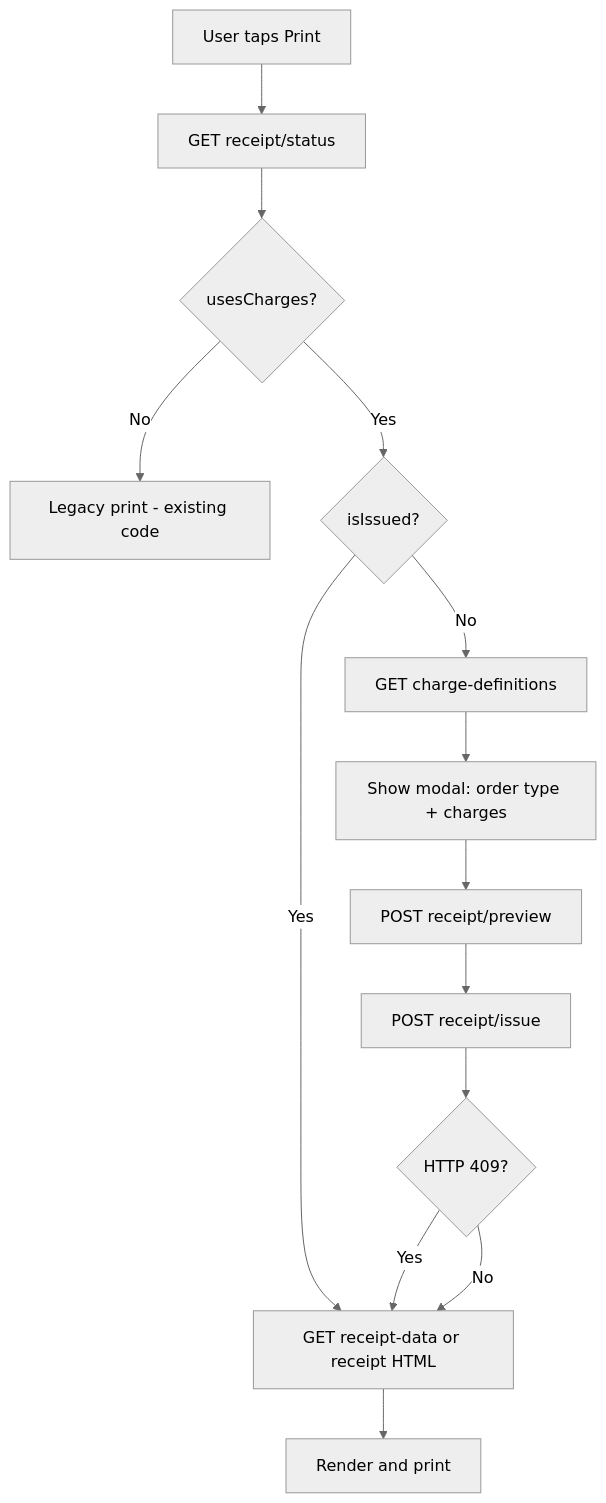
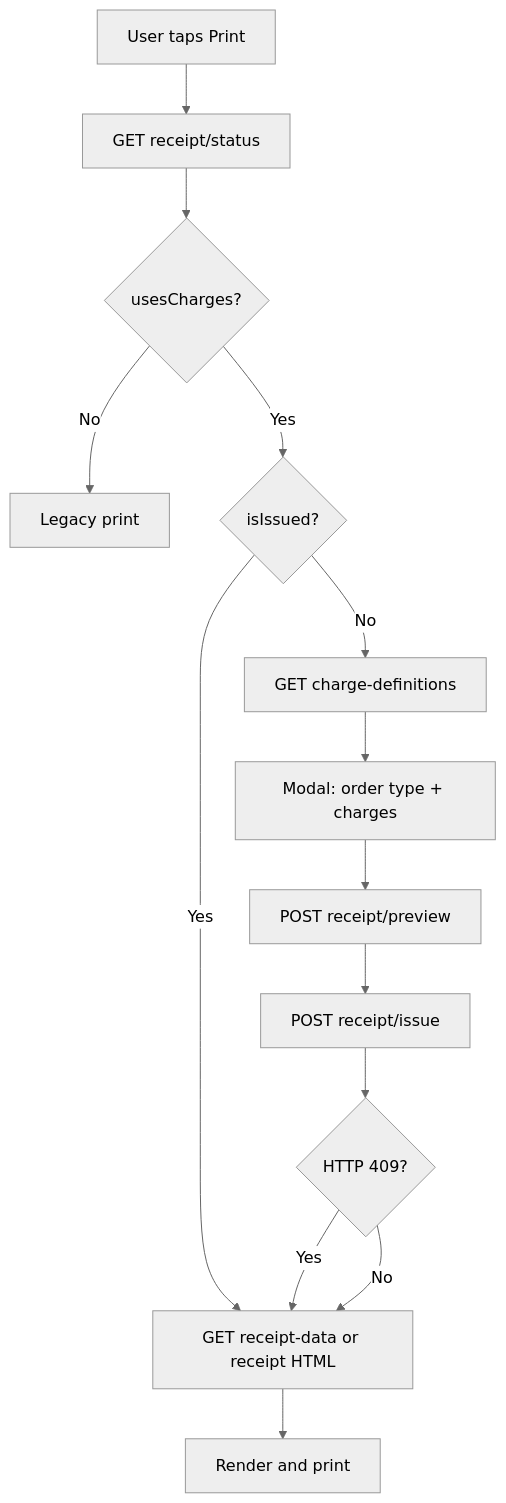
One commit to amirnfk/resturanyar_webservice_version2 changed the first of 2 diagrams in docs/ANDROID_RECEIPT_INTEGRATION.md. Above: the diagram before and after it, drawn with Mermaid (neutral theme). The commit also changed other lines of this file and 100 other files, not shown here.

````diff
--- a/docs/ANDROID_RECEIPT_INTEGRATION.md
+++ b/docs/ANDROID_RECEIPT_INTEGRATION.md
@@ -72,16 +84,16 @@
 ```mermaid
 flowchart TD
     A[User taps Print] --> B[GET receipt/status]
     B --> C{usesCharges?}
-    C -->|No| D[Legacy print - existing code]
+    C -->|No| D[Legacy print]
     C -->|Yes| E{isIssued?}
     E -->|Yes| F[GET receipt-data or receipt HTML]
     E -->|No| G[GET charge-definitions]
-    G --> H[Show modal: order type + charges]
+    G --> H[Modal: order type + charges]
     H --> I[POST receipt/preview]
     I --> J[POST receipt/issue]
     J --> K{HTTP 409?}
     K -->|Yes| F
     K -->|No| F
     F --> L[Render and print]
 ```
````
